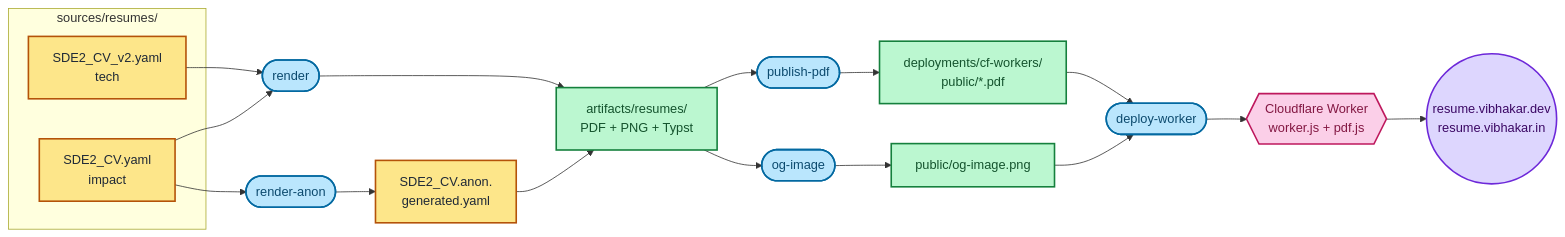
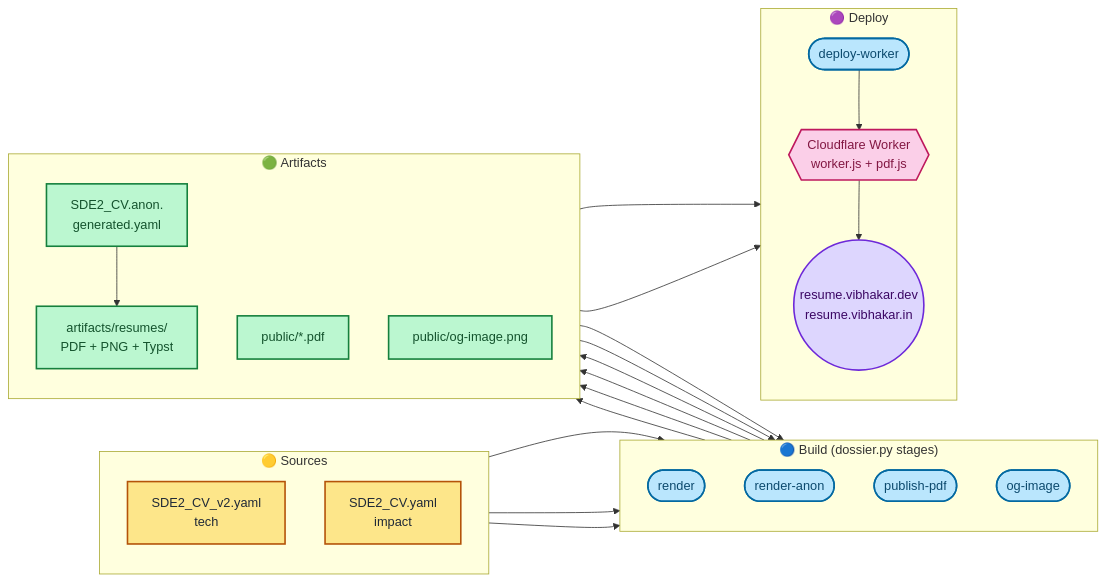
Before and after one commit to MagneticNeedle/Dossier: the diagram in README.md, drawn with Mermaid.

Commit message:
docs(readme): swimlane the pipeline diagram by zone
Group sources, build, artifacts, and deploy into labeled mermaid
subgraphs for clearer separation of responsibility.

````diff
--- a/README.md
+++ b/README.md
@@ -15,37 +15,48 @@
 ```mermaid
 flowchart LR
-    classDef source fill:#fde68a,stroke:#b45309,stroke-width:2px,color:#1f2937
-    classDef stage  fill:#bae6fd,stroke:#0369a1,stroke-width:2px,color:#0c4a6e
+    classDef source   fill:#fde68a,stroke:#b45309,stroke-width:2px,color:#1f2937
+    classDef stage    fill:#bae6fd,stroke:#0369a1,stroke-width:2px,color:#0c4a6e
     classDef artifact fill:#bbf7d0,stroke:#15803d,stroke-width:2px,color:#14532d
-    classDef deploy fill:#fbcfe8,stroke:#be185d,stroke-width:2px,color:#831843
-    classDef edge   fill:#ddd6fe,stroke:#6d28d9,stroke-width:2px,color:#3b0764
+    classDef deploy   fill:#fbcfe8,stroke:#be185d,stroke-width:2px,color:#831843
+    classDef edge     fill:#ddd6fe,stroke:#6d28d9,stroke-width:2px,color:#3b0764
 
-    subgraph S[sources/resumes/]
+    subgraph SOURCES["🟡 Sources"]
+        direction TB
         TECH[SDE2_CV_v2.yaml<br/>tech]:::source
         IMPACT[SDE2_CV.yaml<br/>impact]:::source
     end
 
-    R([render]):::stage
-    RA([render-anon]):::stage
-    PP([publish-pdf]):::stage
-    OG([og-image]):::stage
-    DW([deploy-worker]):::stage
+    subgraph BUILD["🔵 Build (dossier.py stages)"]
+        direction TB
+        R([render]):::stage
+        RA([render-anon]):::stage
+        PP([publish-pdf]):::stage
+        OG([og-image]):::stage
+    end
 
-    ANON[SDE2_CV.anon.<br/>generated.yaml]:::source
-    PDFS[artifacts/resumes/<br/>PDF + PNG + Typst]:::artifact
-    PUB[deployments/cf-workers/<br/>public/*.pdf]:::artifact
-    OGIMG[public/og-image.png]:::artifact
+    subgraph ARTIFACTS["🟢 Artifacts"]
+        direction TB
+        ANON[SDE2_CV.anon.<br/>generated.yaml]:::artifact
+        PDFS[artifacts/resumes/<br/>PDF + PNG + Typst]:::artifact
+        PUB[public/*.pdf]:::artifact
+        OGIMG[public/og-image.png]:::artifact
+    end
 
-    CF{{Cloudflare Worker<br/>worker.js + pdf.js}}:::deploy
-    WEB((resume.vibhakar.dev<br/>resume.vibhakar.in)):::edge
+    subgraph DEPLOY["🟣 Deploy"]
+        direction TB
+        DW([deploy-worker]):::stage
+        CF{{Cloudflare Worker<br/>worker.js + pdf.js}}:::deploy
+        WEB((resume.vibhakar.dev<br/>resume.vibhakar.in)):::edge
+    end
 
-    TECH --> R
+    TECH   --> R
     IMPACT --> R
-    IMPACT --> RA --> ANON --> PDFS
-    R --> PDFS
-    PDFS --> PP --> PUB
-    PDFS --> OG --> OGIMG
-    PUB --> DW
-    OGIMG --> DW
-    DW --> CF --> WEB
+    IMPACT --> RA
+    RA     --> ANON --> PDFS
+    R      --> PDFS
+    PDFS   --> PP --> PUB
+    PDFS   --> OG --> OGIMG
+    PUB    --> DW
+    OGIMG  --> DW
+    DW     --> CF --> WEB
 ```
````
